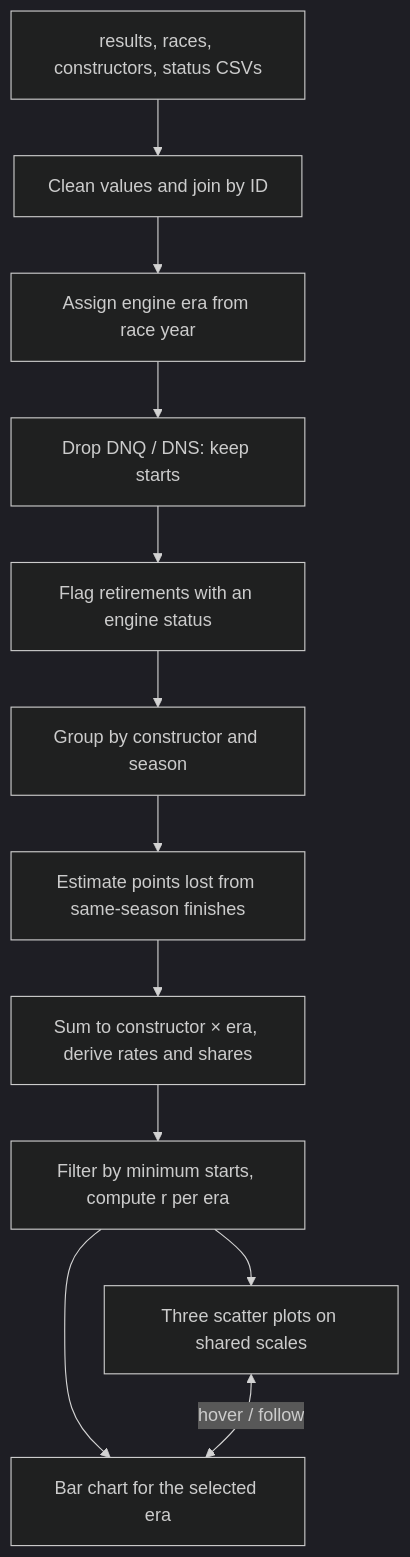
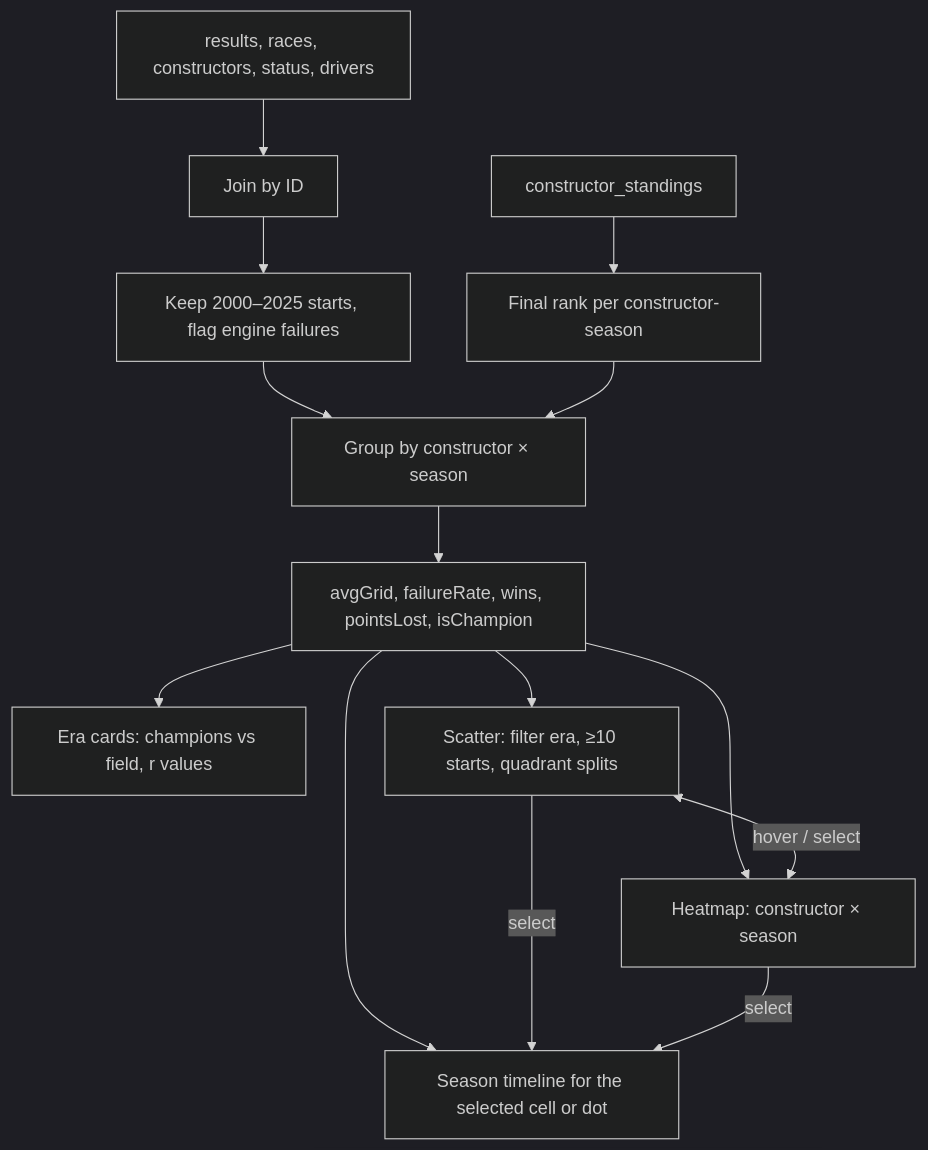
One commit to GracMatteo/DataVisualizationF1 changed the diagram in ConstructorViz.md. Above: the diagram before and after it, drawn with Mermaid (dark theme). The commit also changed other lines of this file and 13 other files, not shown here.

First line of the commit message:
feat(constructors): cross speed, engine reliability and championship rank

````diff
--- a/ConstructorViz.md
+++ b/ConstructorViz.md
@@ -110,14 +114,16 @@
 ```mermaid
 flowchart TD
-    A[results, races, constructors, status CSVs] --> B[Clean values and join by ID]
-    B --> C[Assign engine era from race year]
-    C --> D[Drop DNQ / DNS: keep starts]
-    D --> E[Flag retirements with an engine status]
-    E --> F[Group by constructor and season]
-    F --> G[Estimate points lost from same-season finishes]
-    G --> H[Sum to constructor × era, derive rates and shares]
-    H --> I[Filter by minimum starts, compute r per era]
-    I --> J[Three scatter plots on shared scales]
-    I --> K[Bar chart for the selected era]
-    J <-->|hover / follow| K
+    A[results, races, constructors, status, drivers] --> C[Join by ID]
+    B[constructor_standings] --> D[Final rank per constructor-season]
+    C --> E[Keep 2000–2025 starts, flag engine failures]
+    E --> F[Group by constructor × season]
+    D --> F
+    F --> G[avgGrid, failureRate, wins, pointsLost, isChampion]
+    G --> H[Era cards: champions vs field, r values]
+    G --> I[Scatter: filter era, ≥10 starts, quadrant splits]
+    G --> J[Heatmap: constructor × season]
+    G --> K[Season timeline for the selected cell or dot]
+    I <-->|hover / select| J
+    I -->|select| K
+    J -->|select| K
 ```
````
